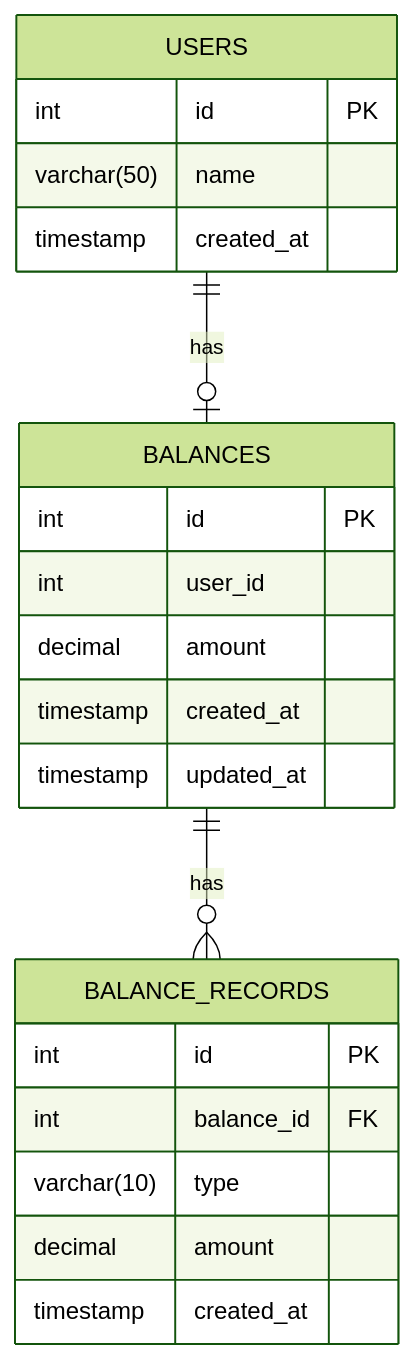
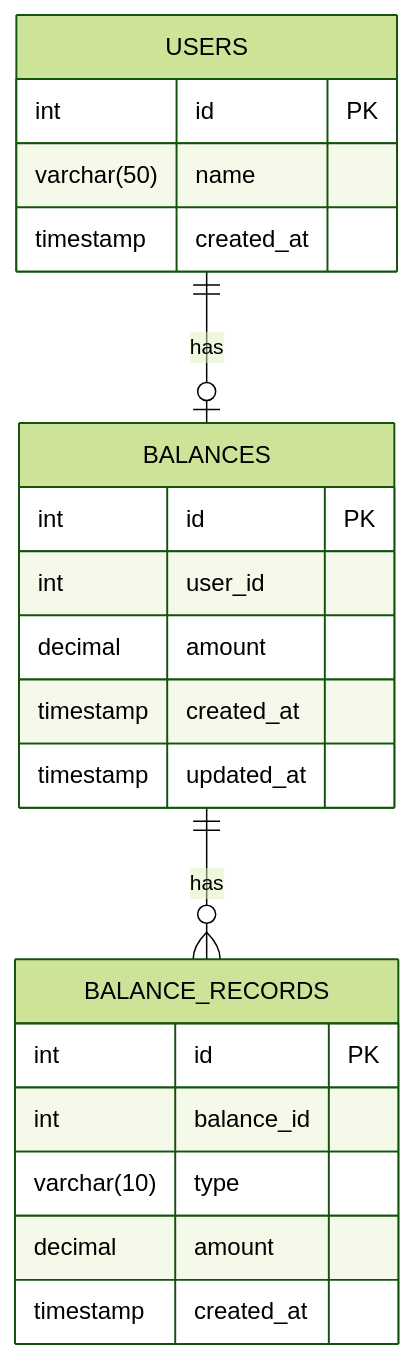
One commit to alert-kim/e-commerce changed the third of 3 diagrams in docs/specs/charge.md. Above: the diagram before and after it, drawn with Mermaid (forest theme). The commit also changed other lines of this file and 12 other files, not shown here.

````diff
--- a/docs/specs/charge.md
+++ b/docs/specs/charge.md
@@ -50,24 +101,24 @@
 ```mermaid
 erDiagram
     USERS {
         int id PK
         varchar(50) name
         timestamp created_at
     }
     BALANCES {
         int id PK
         int user_id
         decimal amount
         timestamp created_at
         timestamp updated_at
     }
     BALANCE_RECORDS {
         int id PK
-        int balance_id FK
+        int balance_id
         varchar(10) type
         decimal amount
         timestamp created_at
     }
-    USERS one to one or zero BALANCES: has
-    BALANCES one to many BALANCE_RECORDS: has
+    USERS one to one or zero BALANCES : has
+    BALANCES one to many  BALANCE_RECORDS : has
 ```
````
